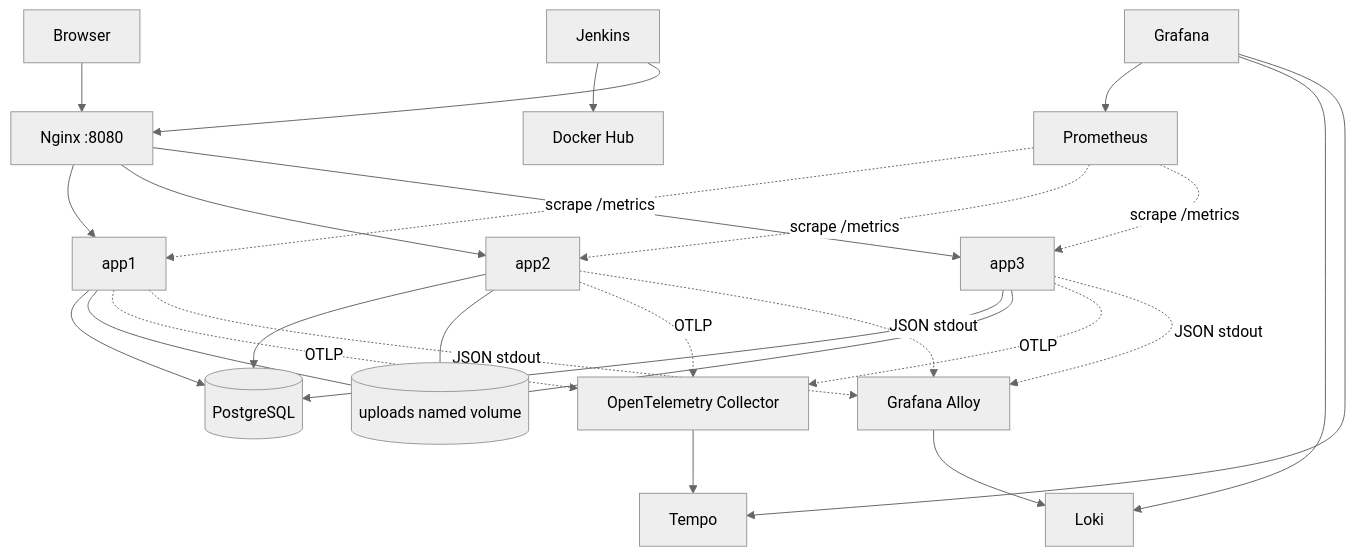
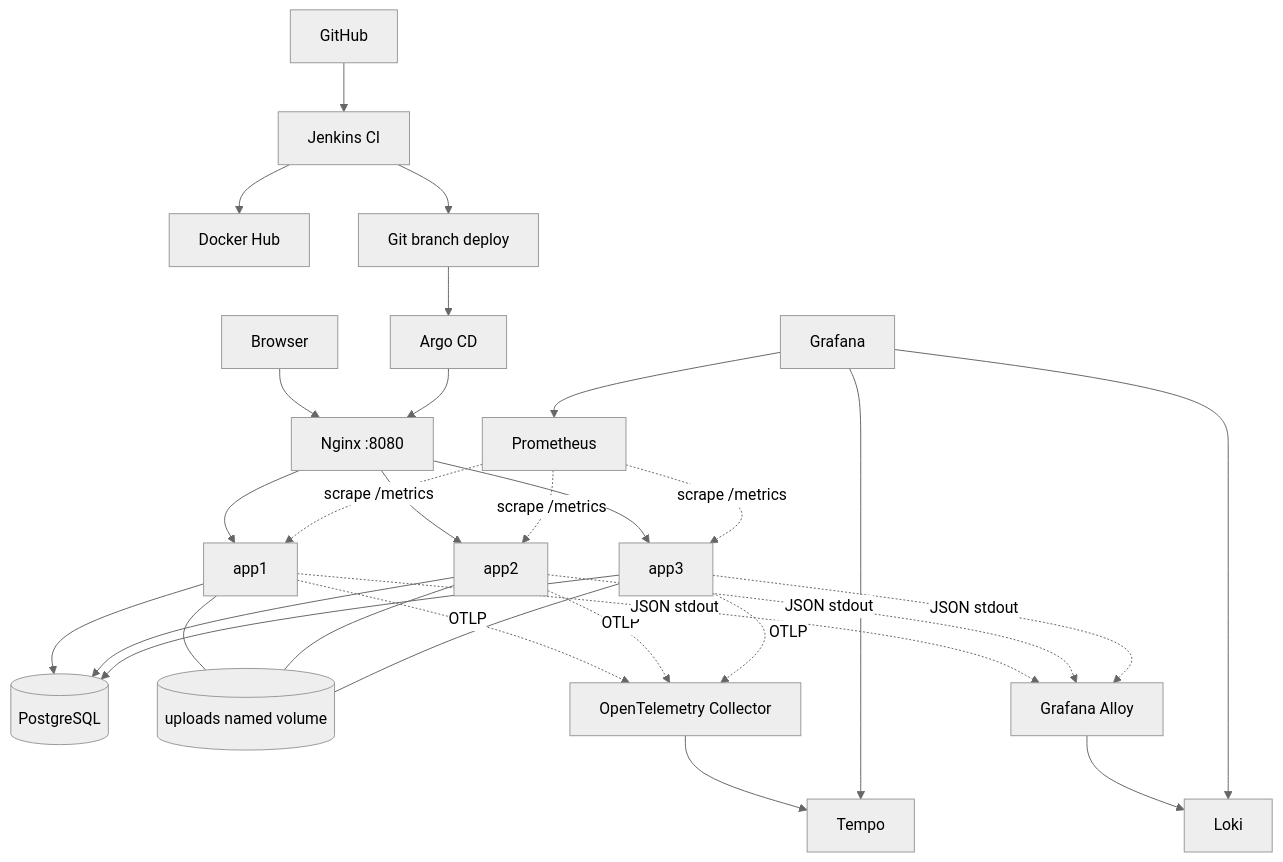
The first of 2 diagrams in readme.md (zetasuna/portfolio), drawn with Mermaid (neutral theme) before and after one commit. The commit also changed other lines of this file and 25 other files, not shown here.

````diff
--- a/readme.md
+++ b/readme.md
@@ -31,29 +32,32 @@
 ```mermaid
 flowchart TB
   B[Browser] --> N[Nginx :8080]
   N --> A1[app1]
   N --> A2[app2]
   N --> A3[app3]
   A1 --> PG[(PostgreSQL)]
   A2 --> PG
   A3 --> PG
   A1 --- U[(uploads named volume)]
   A2 --- U
   A3 --- U
   P[Prometheus] -. scrape /metrics .-> A1
   P -. scrape /metrics .-> A2
   P -. scrape /metrics .-> A3
   A1 -. OTLP .-> O[OpenTelemetry Collector]
   A2 -. OTLP .-> O
   A3 -. OTLP .-> O
   O --> T[Tempo]
   A1 -. JSON stdout .-> AL[Grafana Alloy]
   A2 -. JSON stdout .-> AL
   A3 -. JSON stdout .-> AL
   AL --> L[Loki]
   G[Grafana] --> P
   G --> L
   G --> T
-  J[Jenkins] --> DH[Docker Hub]
-  J --> N
+  GH[GitHub] --> J[Jenkins CI]
+  J --> DH[Docker Hub]
+  J --> GB[Git branch deploy]
+  GB --> AC[Argo CD]
+  AC --> N
 ```
````
